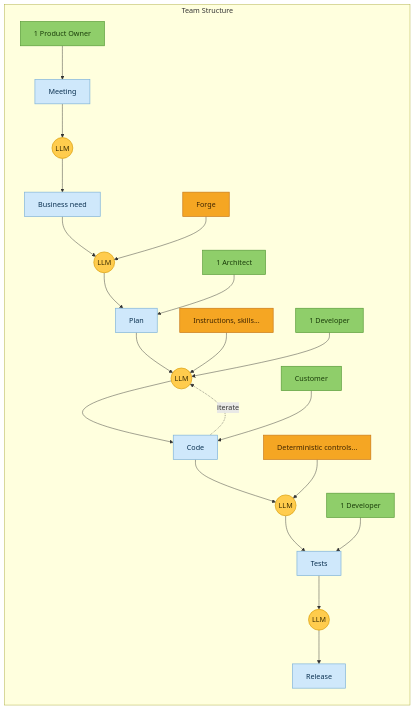
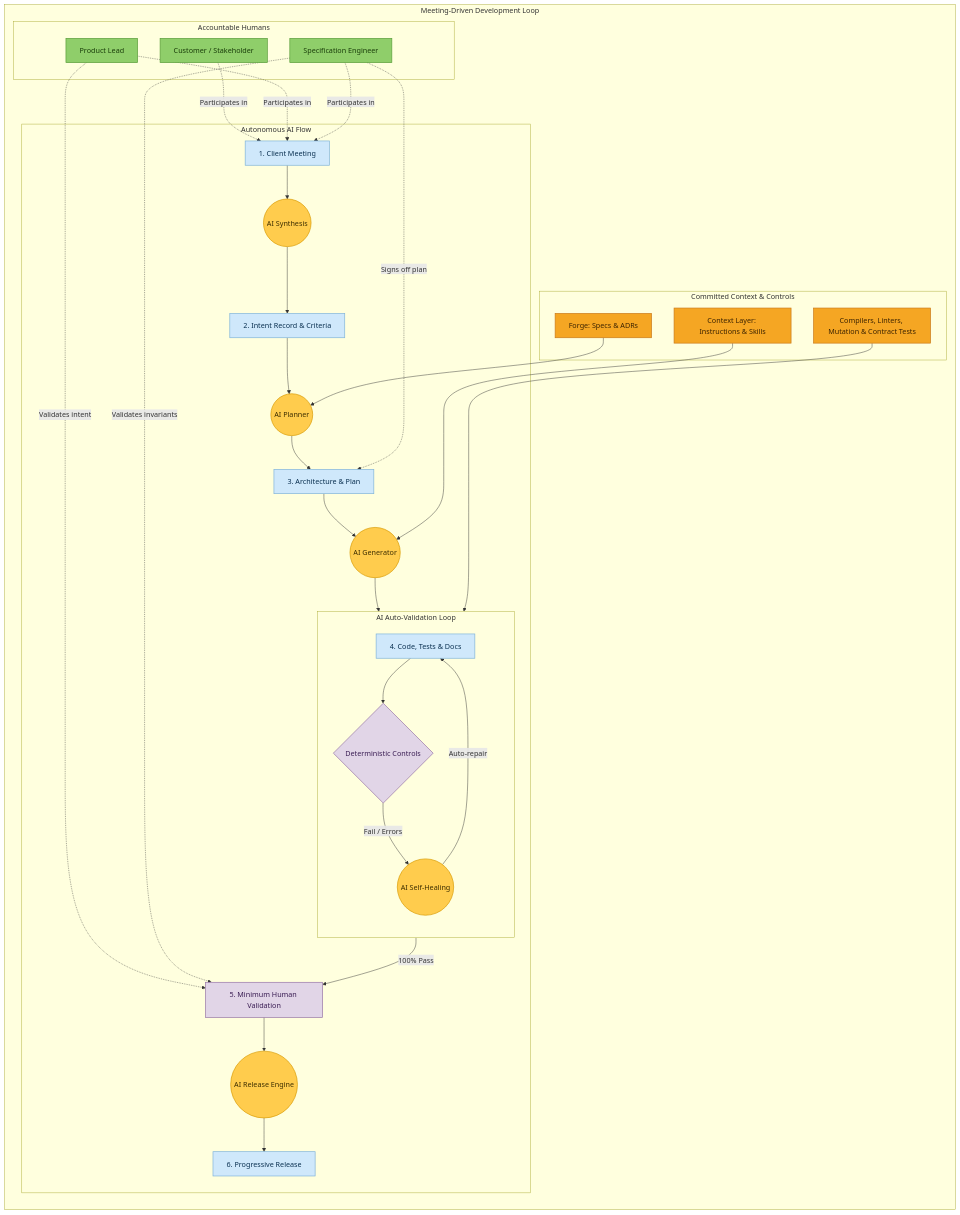
One commit to ALTEN-group/agentic-software-factory changed the diagram in website/docs/index.md. Above: the diagram before and after it, drawn with Mermaid. The commit also changed other lines of this file and 20 other files, not shown here.

First line of the commit message:
Refactor documentation to align with Meeting-Driven Development and AI-driven processes

````diff
--- a/website/docs/index.md
+++ b/website/docs/index.md
@@ -46,47 +50,60 @@
 ```mermaid
 ---
-caption: Meeting-Driven Development — one work item, start to release
+caption: Meeting-Driven Development — autonomous flow from client meeting to release
 ---
 flowchart LR
-    subgraph Team ["Team Structure"]
+    subgraph MDD ["Meeting-Driven Development Loop"]
         direction TB
 
-        PO["1 Product Owner"]
-        ARCH["1 Architect"]
-        DEV1["1 Developer"]
-        CUST["Customer"]
-        DEV2["1 Developer"]
+        subgraph Actors ["Accountable Humans"]
+            CUST["Customer / Stakeholder"]
+            PO["Product Lead"]
+            ENG["Specification Engineer"]
+        end
 
-        MEET["Meeting"] --> L1(("LLM"))
-        L1 --> NEED["Business need"]
-        NEED --> L2(("LLM"))
-        L2 --> PLAN["Plan"]
-        PLAN --> L3(("LLM"))
-        L3 --> CODE["Code"]
-        CODE -.->|iterate| L3
-        CODE --> L4(("LLM"))
-        L4 --> TESTS["Tests"]
-        TESTS --> L5(("LLM"))
-        L5 --> RELEASE["Release"]
+        subgraph Process ["Autonomous AI Flow"]
+            MEET["1. Client Meeting"] --> L1(("AI Synthesis"))
+            L1 --> INTENT["2. Intent Record & Criteria"]
+            INTENT --> L2(("AI Planner"))
+            L2 --> PLAN["3. Architecture & Plan"]
+            PLAN --> L3(("AI Generator"))
+            L3 --> CODE["4. Code, Tests & Docs"]
+            
+            subgraph AutoVal ["AI Auto-Validation Loop"]
+                direction TB
+                CODE --> DC{"Deterministic Controls"}
+                DC -->|Fail / Errors| SH(("AI Self-Healing"))
+                SH -->|Auto-repair| CODE
+            end
+            
+            DC -->|100% Pass| MHV["5. Minimum Human Validation"]
+            MHV --> L5(("AI Release Engine"))
+            L5 --> RELEASE["6. Progressive Release"]
+        end
 
-        FORGE["Forge"] --> L2
-        CTX["Instructions, skills..."] --> L3
-        DC["Deterministic controls..."] --> L4
+        subgraph ContextKnowledge ["Committed Context & Controls"]
+            FORGE["Forge: Specs & ADRs"] --> L2
+            CTX["Context Layer: Instructions & Skills"] --> L3
+            HARNESS["Compilers, Linters, Mutation & Contract Tests"] --> DC
+        end
 
-        PO --> MEET
-        ARCH --> PLAN
-        DEV1 --> L3
-        CUST --> CODE
-        DEV2 --> TESTS
+        CUST -. Participates in .-> MEET
+        PO -. Participates in .-> MEET
+        ENG -. Participates in .-> MEET
+        ENG -. Signs off plan .-> PLAN
+        PO -. Validates intent .-> MHV
+        ENG -. Validates invariants .-> MHV
     end
 
     classDef people fill:#8fce6a,stroke:#5a9c3a,color:#1a3d0a,stroke-width:1.5px;
     classDef ai fill:#ffcc4d,stroke:#d99a00,color:#3d2e00,stroke-width:1.5px;
     classDef task fill:#cfe8fb,stroke:#7fb3d9,color:#0a3050,stroke-width:1.5px;
     classDef context fill:#f5a623,stroke:#c9791a,color:#3d2400,stroke-width:1.5px;
+    classDef gate fill:#e1d5e7,stroke:#9673a6,color:#3b1e54,stroke-width:1.5px;
 
-    class PO,ARCH,DEV1,CUST,DEV2 people;
-    class L1,L2,L3,L4,L5 ai;
-    class MEET,NEED,PLAN,CODE,TESTS,RELEASE task;
-    class FORGE,CTX,DC context;
+    class CUST,PO,ENG people;
+    class L1,L2,L3,SH,L5 ai;
+    class MEET,INTENT,PLAN,CODE,RELEASE task;
+    class FORGE,CTX,HARNESS context;
+    class DC,MHV gate;
 ```
````
